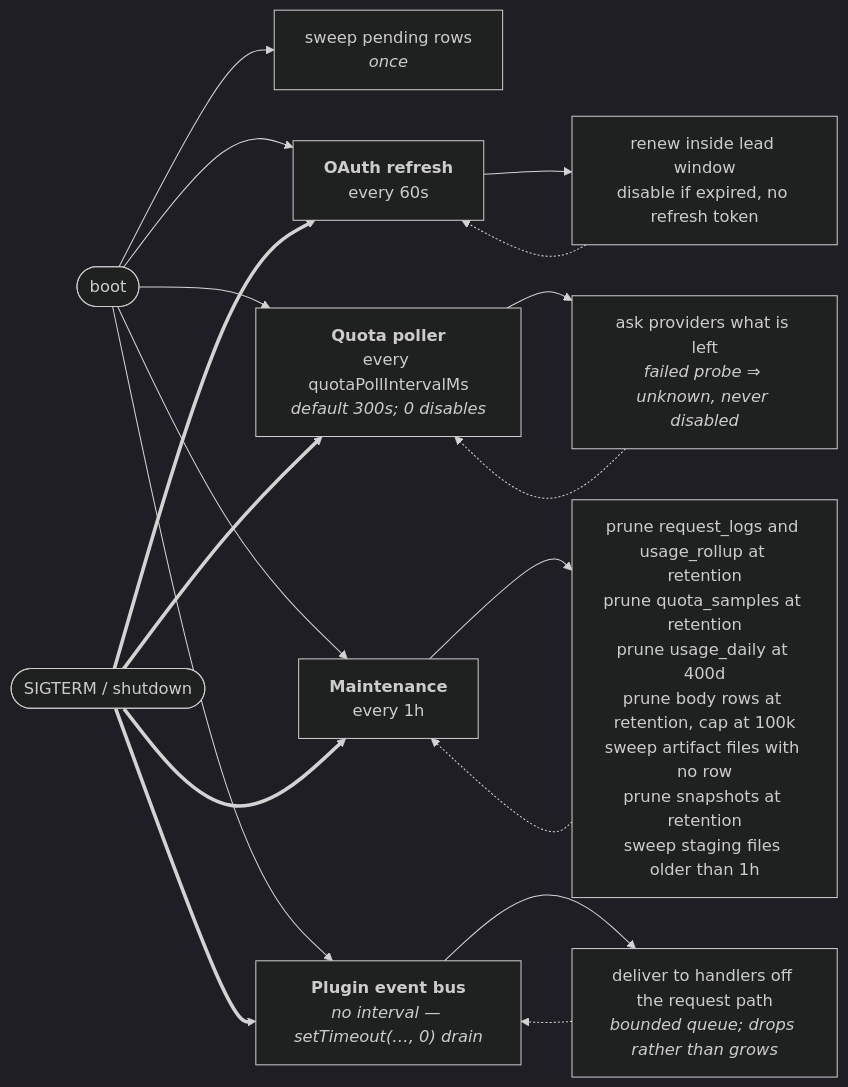
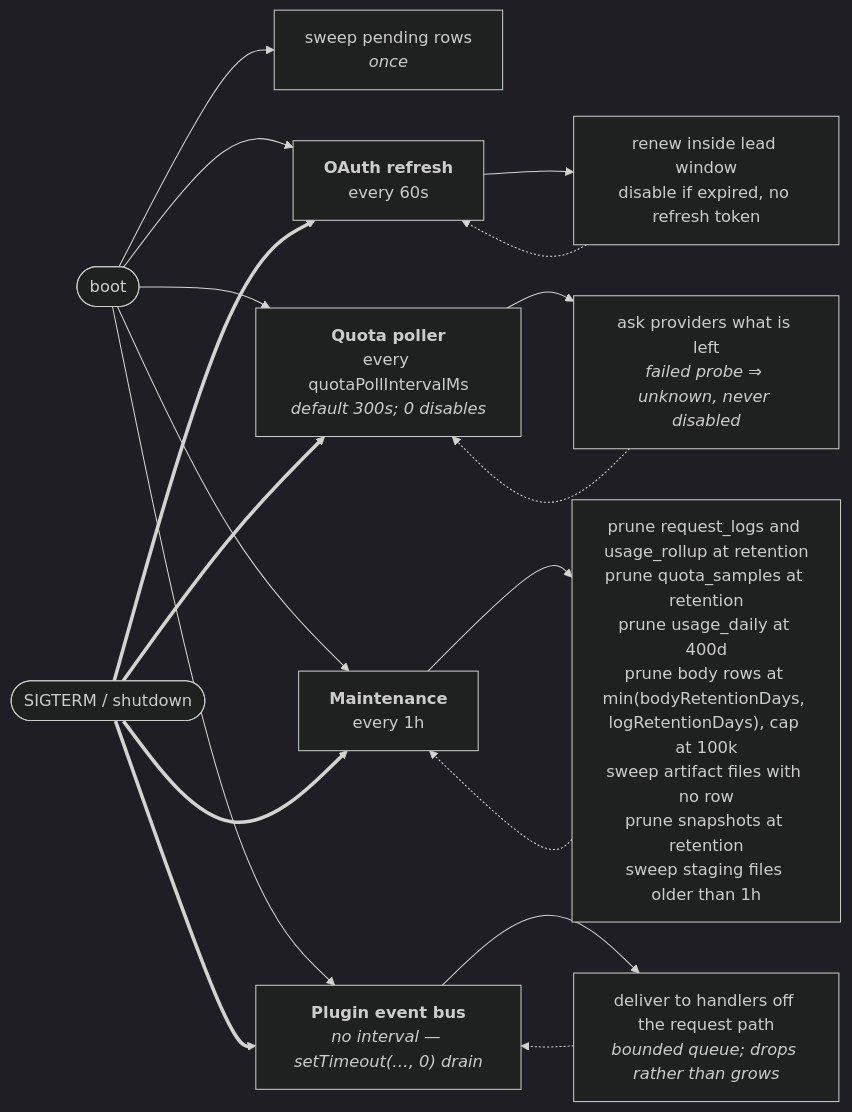
Before and after one commit to harismawan/omnigateway: the ninth of 18 diagrams in ARCHITECTURE.md, drawn with Mermaid (dark theme). The commit also changed other lines of this file and 16 other files, not shown here.

Commit message:
feat(logging): separate body retention from request metadata

````diff
--- a/ARCHITECTURE.md
+++ b/ARCHITECTURE.md
@@ -472,20 +472,20 @@
 ```mermaid
 flowchart LR
   boot([boot]) --> sweep["sweep pending rows<br/><i>once</i>"]
   boot --> oauth
   boot --> quota
   boot --> maint
   boot --> bus
 
   oauth["<b>OAuth refresh</b><br/>every 60s"] --> oauthJob["renew inside lead window<br/>disable if expired, no refresh token"]
   quota["<b>Quota poller</b><br/>every quotaPollIntervalMs<br/><i>default 300s; 0 disables</i>"] --> quotaJob["ask providers what is left<br/><i>failed probe ⇒ unknown, never disabled</i>"]
-  maint["<b>Maintenance</b><br/>every 1h"] --> maintJob["prune request_logs and usage_rollup at retention<br/>prune quota_samples at retention<br/>prune usage_daily at 400d<br/>prune body rows at retention, cap at 100k<br/>sweep artifact files with no row<br/>prune snapshots at retention<br/>sweep staging files older than 1h"]
+  maint["<b>Maintenance</b><br/>every 1h"] --> maintJob["prune request_logs and usage_rollup at retention<br/>prune quota_samples at retention<br/>prune usage_daily at 400d<br/>prune body rows at min(bodyRetentionDays, logRetentionDays), cap at 100k<br/>sweep artifact files with no row<br/>prune snapshots at retention<br/>sweep staging files older than 1h"]
   bus["<b>Plugin event bus</b><br/><i>no interval — setTimeout(…, 0) drain</i>"] --> busJob["deliver to handlers off the request path<br/><i>bounded queue; drops rather than grows</i>"]
 
   oauthJob -.-> oauth
   quotaJob -.-> quota
   maintJob -.-> maint
   busJob -.-> bus
 
   stop([SIGTERM / shutdown]) ==> oauth & quota & maint & bus
 ```
````
